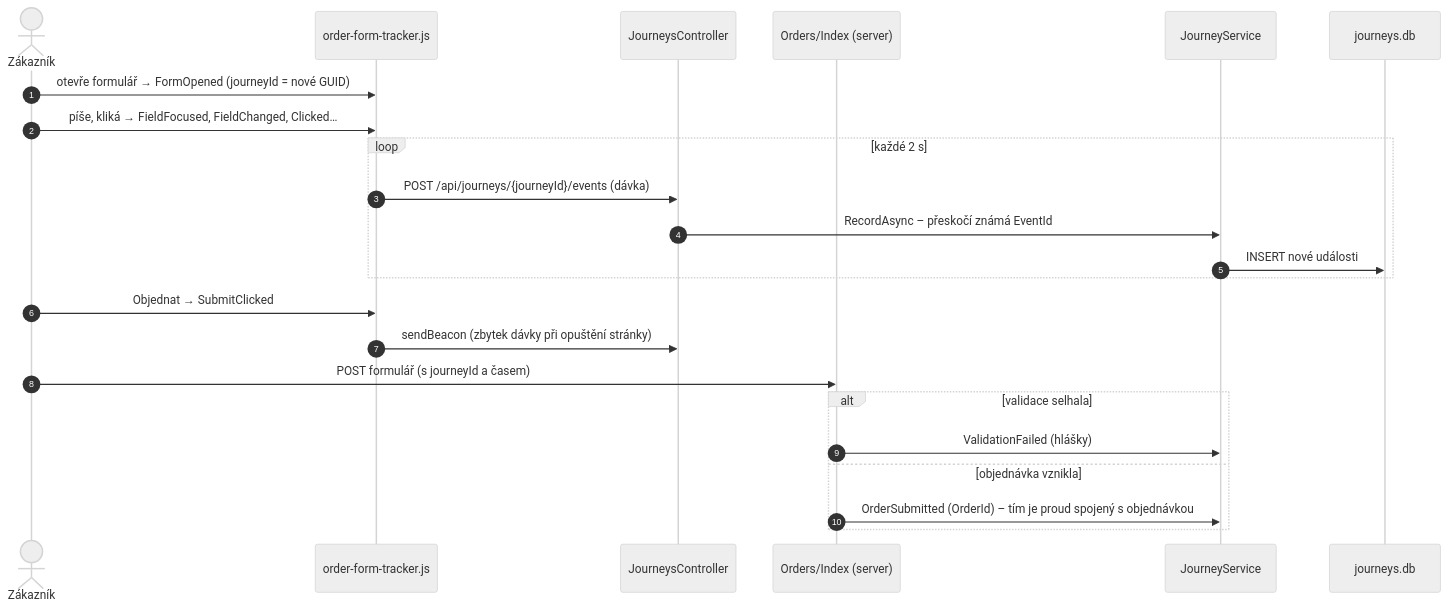
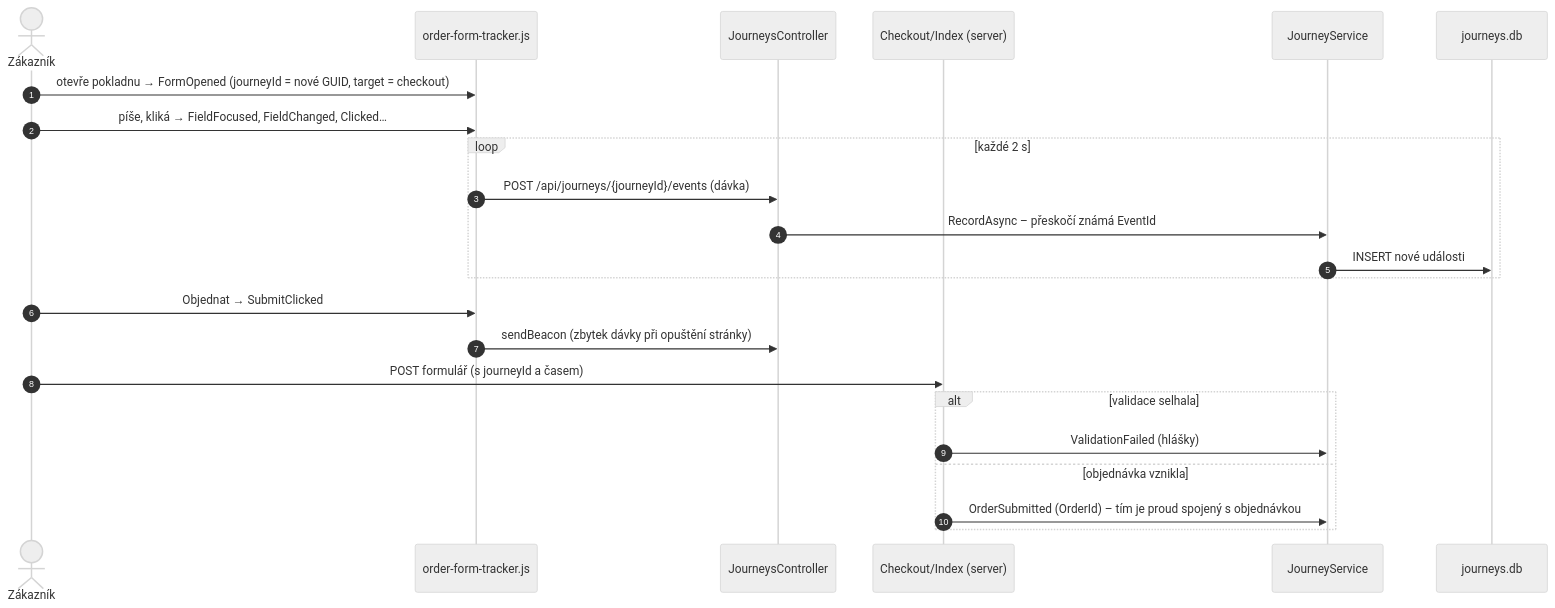
The first of 2 diagrams in docs/prirucka/toky/prubeh-formulare.md (ftichy/MiniShop), drawn with Mermaid (neutral theme) before and after one commit. The commit also changed other lines of this file and 26 other files, not shown here.

````diff
--- a/docs/prirucka/toky/prubeh-formulare.md
+++ b/docs/prirucka/toky/prubeh-formulare.md
@@ -12,26 +12,26 @@
 ```mermaid
 sequenceDiagram
     autonumber
     actor Z as Zákazník
     participant T as order-form-tracker.js
     participant JC as JourneysController
-    participant P as Orders/Index (server)
+    participant P as Checkout/Index (server)
     participant JS as JourneyService
     participant DB as journeys.db
 
-    Z->>T: otevře formulář → FormOpened (journeyId = nové GUID)
+    Z->>T: otevře pokladnu → FormOpened (journeyId = nové GUID, target = checkout)
     Z->>T: píše, kliká → FieldFocused, FieldChanged, Clicked…
     loop každé 2 s
         T->>JC: POST /api/journeys/{journeyId}/events (dávka)
         JC->>JS: RecordAsync – přeskočí známá EventId
         JS->>DB: INSERT nové události
     end
     Z->>T: Objednat → SubmitClicked
     T->>JC: sendBeacon (zbytek dávky při opuštění stránky)
     Z->>P: POST formulář (s journeyId a časem)
     alt validace selhala
         P->>JS: ValidationFailed (hlášky)
     else objednávka vznikla
         P->>JS: OrderSubmitted (OrderId) – tím je proud spojený s objednávkou
     end
 ```
````
